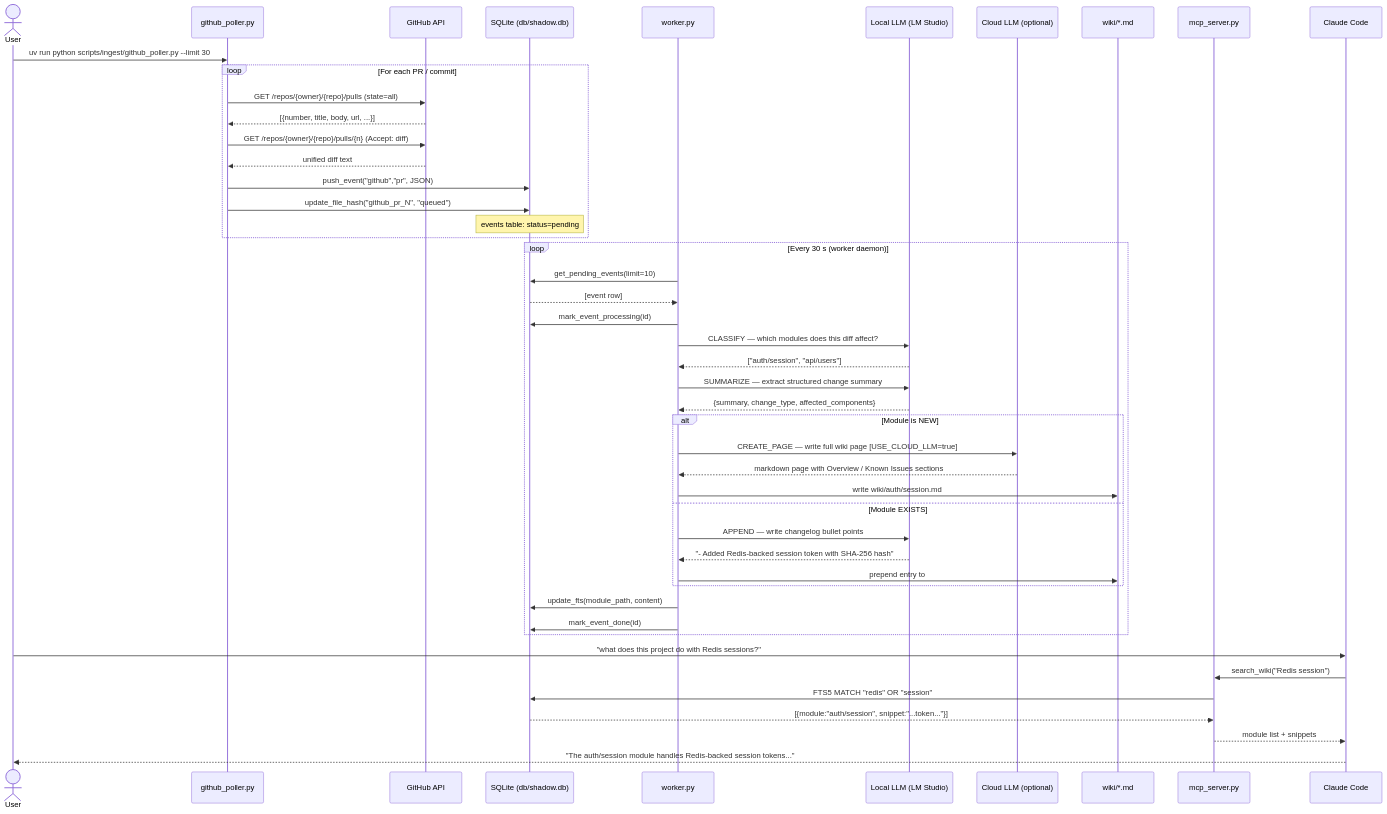
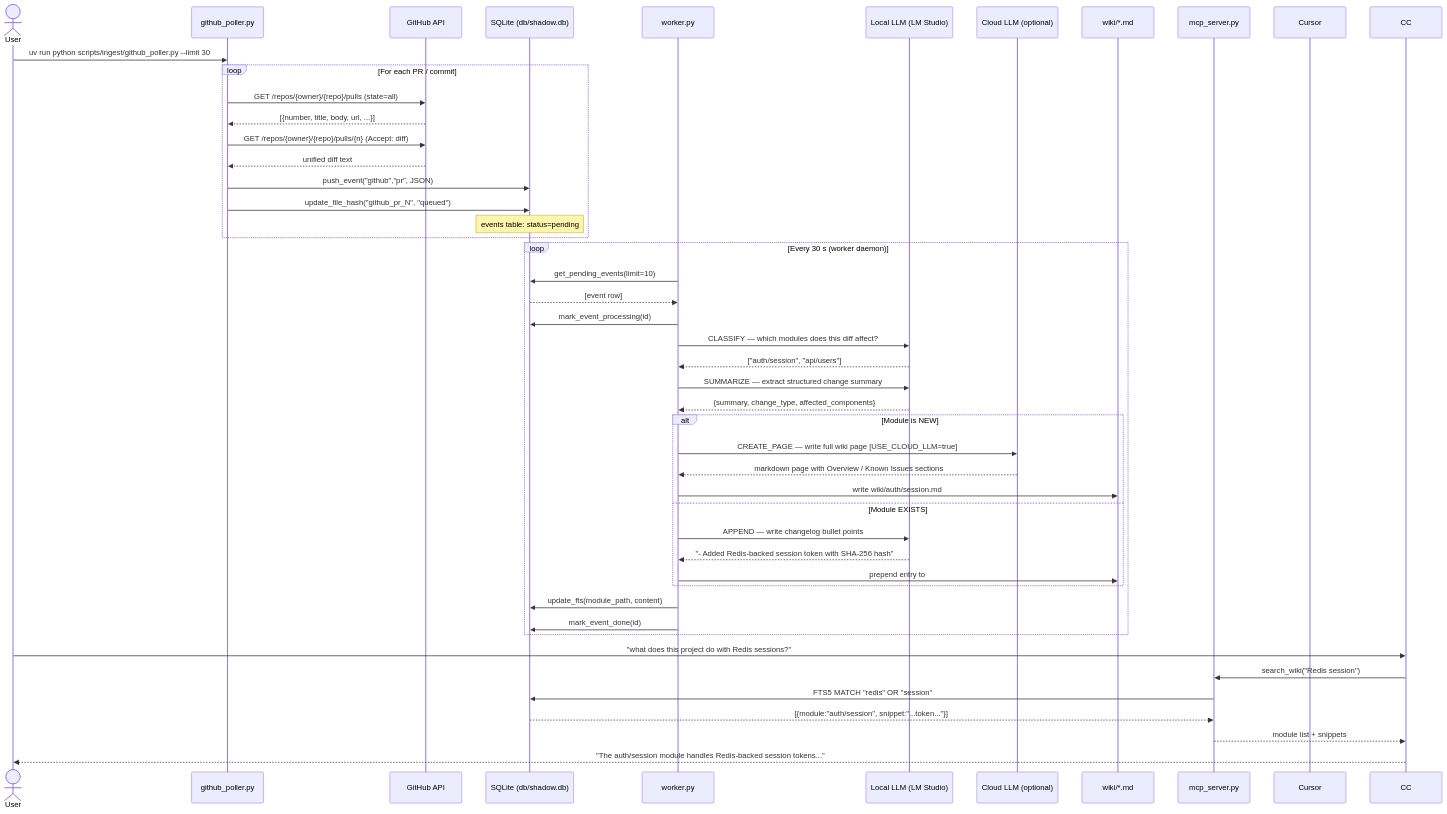
The first of 2 diagrams in docs/workflow.md (thomaschen-tw/shadow-wiki), drawn with Mermaid before and after one commit. The commit also changed other lines of this file and 11 other files, not shown here.

First line of the commit message:
Switch MCP integration from Claude Code to Cursor

````diff
--- a/docs/workflow.md
+++ b/docs/workflow.md
@@ -9,57 +9,57 @@
 ```mermaid
 sequenceDiagram
     actor User
     participant Poller  as github_poller.py
     participant GH      as GitHub API
     participant DB      as SQLite (db/shadow.db)
     participant Worker  as worker.py
     participant LLM     as Local LLM (LM Studio)
     participant Cloud   as Cloud LLM (optional)
     participant Wiki    as wiki/*.md
     participant MCP     as mcp_server.py
-    participant CC      as Claude Code
+    participant CUR     as Cursor
 
     User->>Poller: uv run python scripts/ingest/github_poller.py --limit 30
 
     loop For each PR / commit
         Poller->>GH: GET /repos/{owner}/{repo}/pulls (state=all)
         GH-->>Poller: [{number, title, body, url, ...}]
         Poller->>GH: GET /repos/{owner}/{repo}/pulls/{n}  (Accept: diff)
         GH-->>Poller: unified diff text
         Poller->>DB: push_event("github","pr", JSON)
         Poller->>DB: update_file_hash("github_pr_N", "queued")
         Note over DB: events table: status=pending
     end
 
     loop Every 30 s (worker daemon)
         Worker->>DB: get_pending_events(limit=10)
         DB-->>Worker: [event row]
         Worker->>DB: mark_event_processing(id)
 
         Worker->>LLM: CLASSIFY — which modules does this diff affect?
         LLM-->>Worker: ["auth/session", "api/users"]
 
         Worker->>LLM: SUMMARIZE — extract structured change summary
         LLM-->>Worker: {summary, change_type, affected_components}
 
         alt Module is NEW
             Worker->>Cloud: CREATE_PAGE — write full wiki page  [USE_CLOUD_LLM=true]
             Cloud-->>Worker: markdown page with Overview / Known Issues sections
             Worker->>Wiki: write  wiki/auth/session.md
         else Module EXISTS
             Worker->>LLM: APPEND — write changelog bullet points
             LLM-->>Worker: "- Added Redis-backed session token with SHA-256 hash"
             Worker->>Wiki: prepend entry to ## Recent Changes in wiki/auth/session.md
         end
 
         Worker->>DB: update_fts(module_path, content)
         Worker->>DB: mark_event_done(id)
     end
 
     User->>CC: "what does this project do with Redis sessions?"
     CC->>MCP: search_wiki("Redis session")
     MCP->>DB: FTS5 MATCH "redis" OR "session"
     DB-->>MCP: [{module:"auth/session", snippet:"...token..."}]
     MCP-->>CC: module list + snippets
     CC-->>User: "The auth/session module handles Redis-backed session tokens..."
 ```
````
